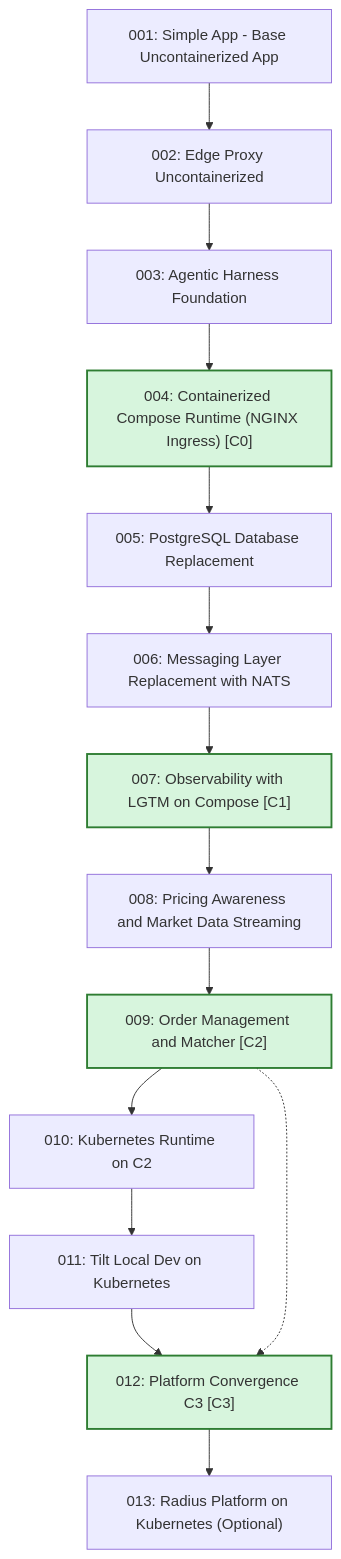
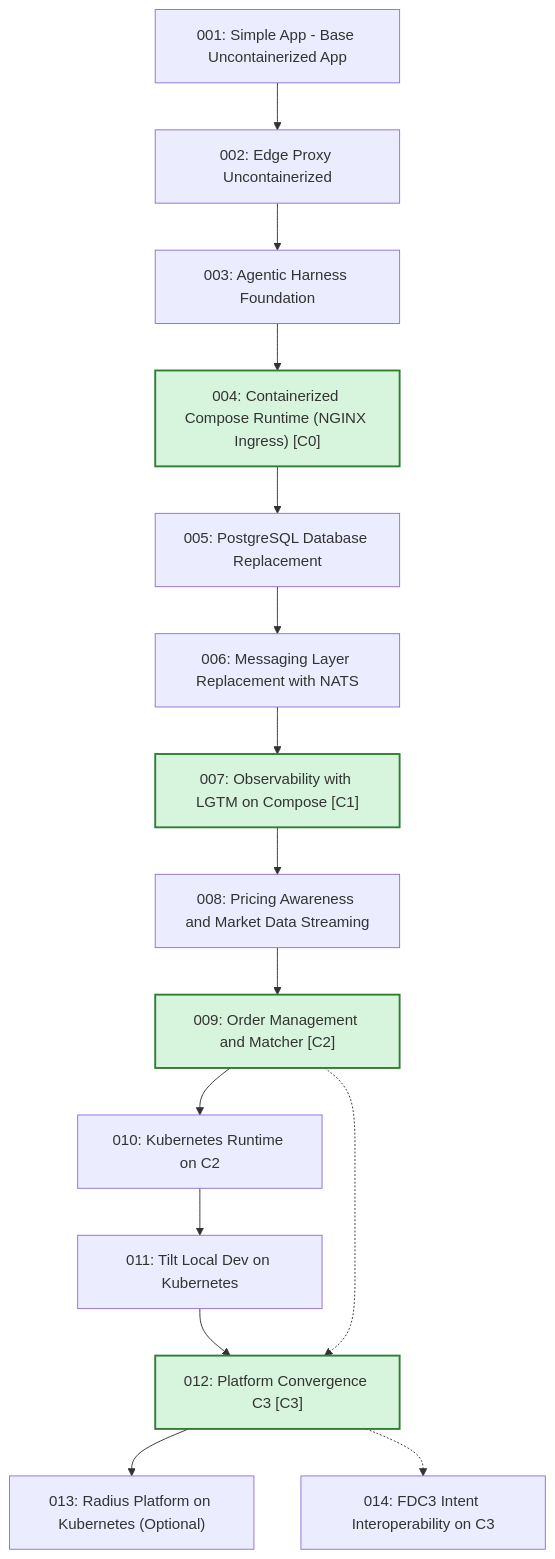
Before and after one commit to finos/traderX: the second of 3 diagrams in docs/learning-paths/index.md, drawn with Mermaid. The commit also changed other lines of this file and 74 other files, not shown here.

Commit message:
Add state 014 FDC3 interoperability pack and demo script docs

````diff
--- a/docs/learning-paths/index.md
+++ b/docs/learning-paths/index.md
@@ -36,47 +36,50 @@
 ```mermaid
 flowchart TB
   S001_baseline_uncontainerized_parity["001: Simple App - Base Uncontainerized App"]
   S002_edge_proxy_uncontainerized["002: Edge Proxy Uncontainerized"]
   S003_agentic_harness_foundation["003: Agentic Harness Foundation"]
   S004_containerized_compose_runtime["004: Containerized Compose Runtime (NGINX Ingress) [C0]"]
   S005_postgres_database_replacement["005: PostgreSQL Database Replacement"]
   S006_messaging_nats_replacement["006: Messaging Layer Replacement with NATS"]
   S007_observability_lgtm_compose["007: Observability with LGTM on Compose [C1]"]
   S008_pricing_awareness_market_data["008: Pricing Awareness and Market Data Streaming"]
   S009_order_management_matcher["009: Order Management and Matcher [C2]"]
   S010_kubernetes_runtime["010: Kubernetes Runtime on C2"]
   S011_tilt_kubernetes_dev_loop["011: Tilt Local Dev on Kubernetes"]
   S012_platform_convergence_c3["012: Platform Convergence C3 [C3]"]
   S013_radius_kubernetes_platform["013: Radius Platform on Kubernetes (Optional)"]
+  S014_fdc3_intent_interoperability["014: FDC3 Intent Interoperability on C3"]
   S001_baseline_uncontainerized_parity --> S002_edge_proxy_uncontainerized
   S002_edge_proxy_uncontainerized --> S003_agentic_harness_foundation
   S003_agentic_harness_foundation --> S004_containerized_compose_runtime
   S004_containerized_compose_runtime --> S005_postgres_database_replacement
   S005_postgres_database_replacement --> S006_messaging_nats_replacement
   S006_messaging_nats_replacement --> S007_observability_lgtm_compose
   S007_observability_lgtm_compose --> S008_pricing_awareness_market_data
   S008_pricing_awareness_market_data --> S009_order_management_matcher
   S009_order_management_matcher --> S010_kubernetes_runtime
   S010_kubernetes_runtime --> S011_tilt_kubernetes_dev_loop
   S011_tilt_kubernetes_dev_loop --> S012_platform_convergence_c3
   S012_platform_convergence_c3 --> S013_radius_kubernetes_platform
+  S012_platform_convergence_c3 -.-> S014_fdc3_intent_interoperability
   S009_order_management_matcher -.-> S012_platform_convergence_c3
   click S001_baseline_uncontainerized_parity href "/specs/baseline-uncontainerized-parity" "Open State 001 Spec Pack"
   click S002_edge_proxy_uncontainerized href "/specs/edge-proxy-uncontainerized" "Open State 002 Spec Pack"
   click S003_agentic_harness_foundation href "/specs/agentic-harness-foundation" "Open State 003 Spec Pack"
   click S004_containerized_compose_runtime href "/specs/containerized-compose-runtime" "Open State 004 Spec Pack"
   click S005_postgres_database_replacement href "/specs/postgres-database-replacement" "Open State 005 Spec Pack"
   click S006_messaging_nats_replacement href "/specs/messaging-nats-replacement" "Open State 006 Spec Pack"
   click S007_observability_lgtm_compose href "/specs/observability-lgtm-compose" "Open State 007 Spec Pack"
   click S008_pricing_awareness_market_data href "/specs/pricing-awareness-market-data" "Open State 008 Spec Pack"
   click S009_order_management_matcher href "/specs/order-management-matcher" "Open State 009 Spec Pack"
   click S010_kubernetes_runtime href "/specs/kubernetes-runtime" "Open State 010 Spec Pack"
   click S011_tilt_kubernetes_dev_loop href "/specs/tilt-kubernetes-dev-loop" "Open State 011 Spec Pack"
   click S012_platform_convergence_c3 href "/specs/platform-convergence-c3" "Open State 012 Spec Pack"
   click S013_radius_kubernetes_platform href "/specs/radius-kubernetes-platform" "Open State 013 Spec Pack"
+  click S014_fdc3_intent_interoperability href "/specs/fdc3-intent-interoperability" "Open State 014 Spec Pack"
   classDef convergence fill:#d7f5dd,stroke:#2e7d32,stroke-width:2px
   class S004_containerized_compose_runtime convergence
   class S007_observability_lgtm_compose convergence
   class S009_order_management_matcher convergence
   class S012_platform_convergence_c3 convergence
 ```
````
